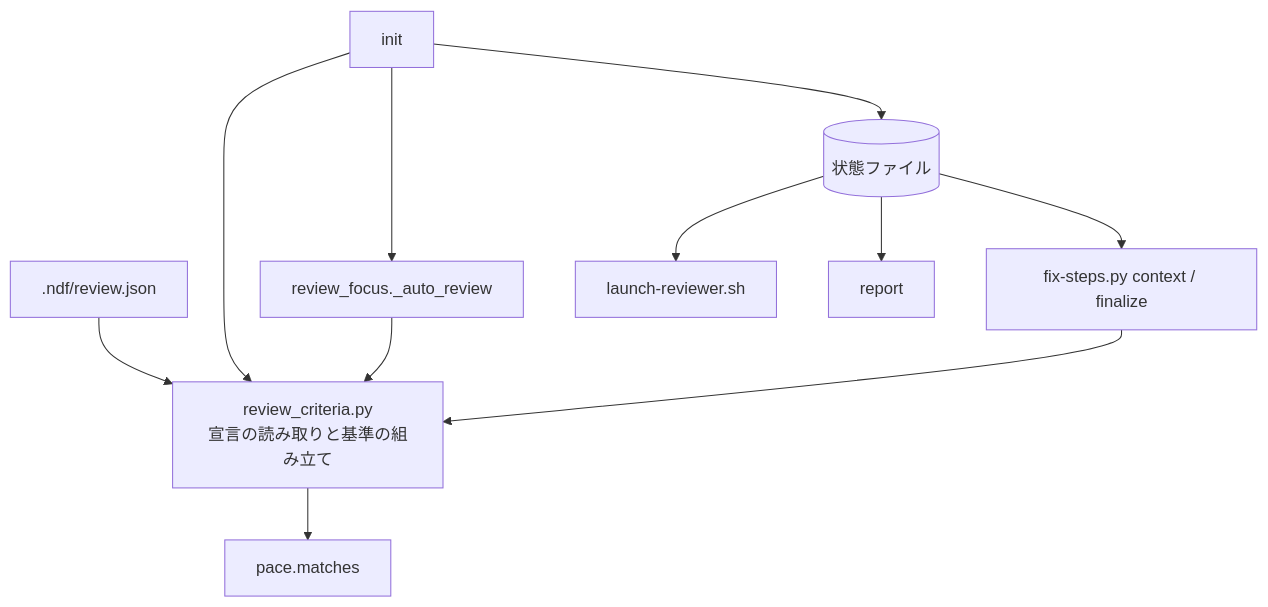
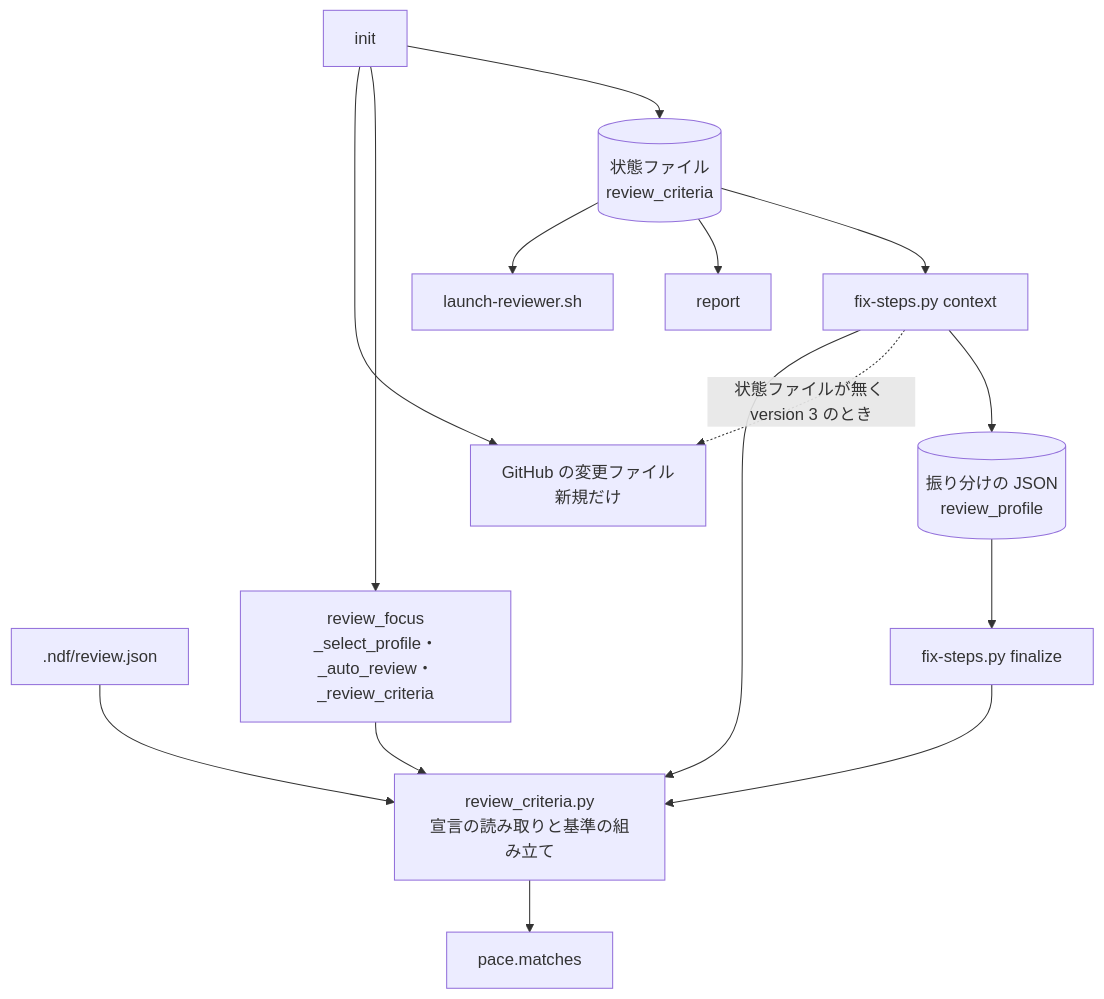
Before and after one commit to devbasex/ai-plugins: the diagram in docs/specifications/cross-review-review-profile.md, drawn with Mermaid. The commit also changed other lines of this file and 4 other files, not shown here.

Commit message:
Docs: cross-review-review-profile.md を確定仕様にする

````diff
--- a/docs/specifications/cross-review-review-profile.md
+++ b/docs/specifications/cross-review-review-profile.md
@@ -71,13 +94,17 @@
 ```mermaid
 graph TD
     D[".ndf/review.json"] --> R[review_criteria.py<br/>宣言の読み取りと基準の組み立て]
     R --> P[pace.matches]
-    I[init] --> R
-    I --> F[review_focus._auto_review]
+    I[init] --> G[GitHub の変更ファイル<br/>新規だけ]
+    I --> F[review_focus<br/>_select_profile・_auto_review・_review_criteria]
     F --> R
-    I --> S[(状態ファイル)]
+    I --> S[(状態ファイル<br/>review_criteria)]
     S --> L[launch-reviewer.sh]
     S --> O[report]
-    S --> X[fix-steps.py context / finalize]
+    S --> X[fix-steps.py context]
     X --> R
+    X -. 状態ファイルが無く version 3 のとき .-> G
+    X --> J[(振り分けの JSON<br/>review_profile)]
+    J --> Z[fix-steps.py finalize]
+    Z --> R
 ```
````
